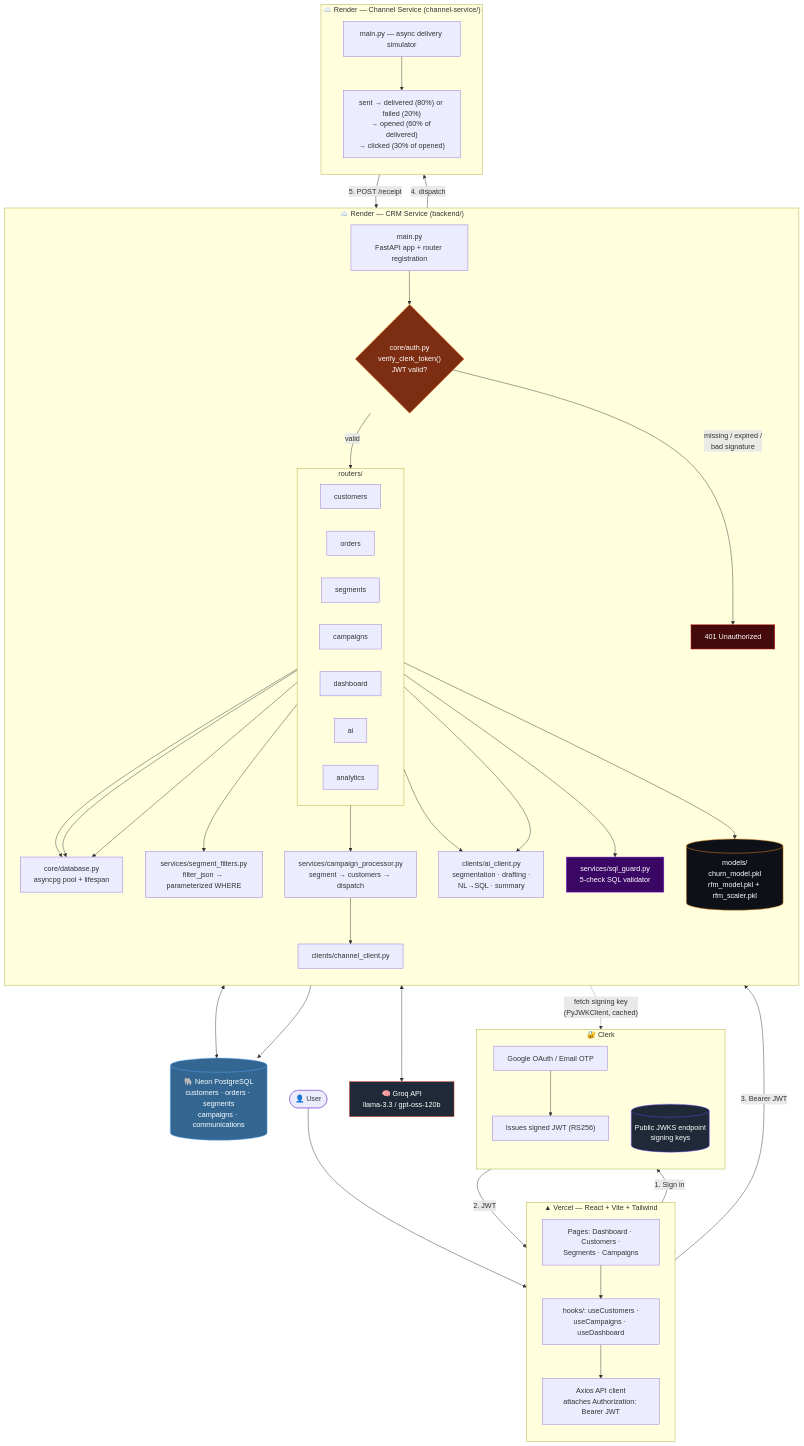
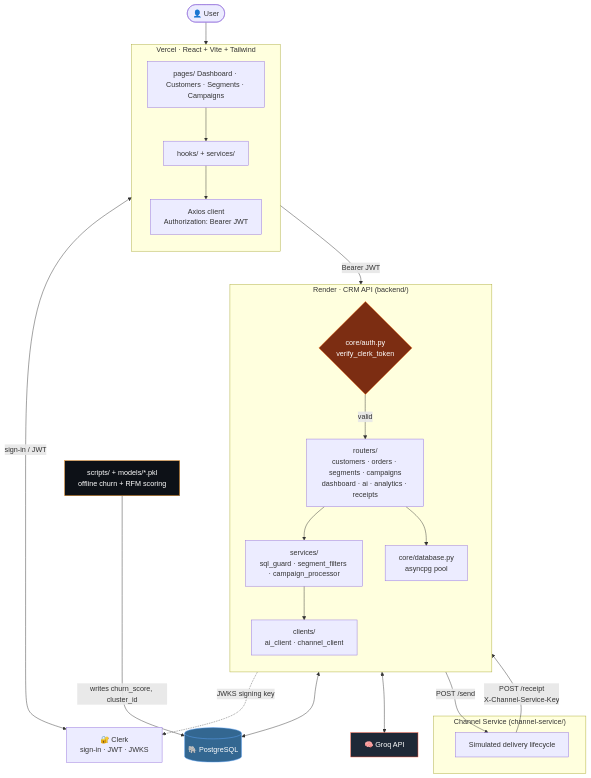
One commit to Debasish65368/brewco-crm changed the first of 9 diagrams in README.md. Above: the diagram before and after it, drawn with Mermaid. The commit also changed other lines of this file, not shown here.

Commit message:
docs: finalize BrewCo CRM README

````diff
--- a/README.md
+++ b/README.md
@@ -65,85 +94,48 @@
 flowchart TB
     User(["👤 User"])
 
-    subgraph FE["▲ Vercel — React + Vite + Tailwind"]
+    subgraph FE["Vercel · React + Vite + Tailwind"]
         direction TB
-        Pages["Pages: Dashboard · Customers ·\nSegments · Campaigns"]
-        Hooks["hooks/: useCustomers ·\nuseCampaigns · useDashboard"]
-        Axios["Axios API client\nattaches Authorization: Bearer JWT"]
+        Pages["pages/ Dashboard · Customers · Segments · Campaigns"]
+        Hooks["hooks/ + services/"]
+        Axios["Axios client<br/>Authorization: Bearer JWT"]
         Pages --> Hooks --> Axios
     end
 
-    subgraph ClerkBox["🔐 Clerk"]
+    Clerk["🔐 Clerk<br/>sign-in · JWT · JWKS"]
+
+    subgraph CRM["Render · CRM API (backend/)"]
         direction TB
-        OAuth["Google OAuth / Email OTP"]
-        Issue["Issues signed JWT (RS256)"]
-        JWKS[("Public JWKS endpoint\nsigning keys")]
-        OAuth --> Issue
+        Auth{"core/auth.py<br/>verify_clerk_token"}
+        Routers["routers/<br/>customers · orders · segments · campaigns<br/>dashboard · ai · analytics · receipts"]
+        Svc["services/<br/>sql_guard · segment_filters · campaign_processor"]
+        Cli["clients/<br/>ai_client · channel_client"]
+        Pool["core/database.py<br/>asyncpg pool"]
+        Auth -- "valid" --> Routers --> Svc
+        Routers --> Pool
+        Svc --> Cli
     end
 
-    subgraph CRM["☁️ Render — CRM Service  (backend/)"]
-        direction TB
-        Main["main.py\nFastAPI app + router registration"]
-        AuthGate{"core/auth.py\nverify_clerk_token()\nJWT valid?"}
-        Deny401["401 Unauthorized"]
-
-        subgraph Routers["routers/"]
-            direction LR
-            RCust["customers"]
-            ROrd["orders"]
-            RSeg["segments"]
-            RCamp["campaigns"]
-            RDash["dashboard"]
-            RAI["ai"]
-            RAnalytics["analytics"]
-        end
-
-        DBPool["core/database.py\nasyncpg pool + lifespan"]
-        Guard["services/sql_guard.py\n5-check SQL validator"]
-        Processor["services/campaign_processor.py\nsegment → customers → dispatch"]
-        SegFilter["services/segment_filters.py\nfilter_json → parameterized WHERE"]
-        AIClient["clients/ai_client.py\nsegmentation · drafting ·\nNL→SQL · summary"]
-        ChannelClient["clients/channel_client.py"]
-        Models[("models/\nchurn_model.pkl\nrfm_model.pkl + rfm_scaler.pkl")]
-
-        Main --> AuthGate
-        AuthGate -- "valid" --> Routers
-        AuthGate -- "missing / expired /\nbad signature" --> Deny401
-        RCust & ROrd & RSeg --> DBPool
-        RSeg --> SegFilter
-        RCamp --> Processor
-        RAI & RAnalytics --> AIClient
-        RAnalytics --> Guard
-        RDash --> Models
-        Processor --> ChannelClient
+    subgraph CS["Channel Service (channel-service/)"]
+        Sim["Simulated delivery lifecycle"]
     end
 
-    subgraph CS["☁️ Render — Channel Service  (channel-service/)"]
-        direction TB
-        Sim["main.py — async delivery simulator"]
-        Lifecycle["sent → delivered (80%) or failed (20%)\n→ opened (60% of delivered)\n→ clicked (30% of opened)"]
-        Sim --> Lifecycle
-    end
-
-    DB[("🐘 Neon PostgreSQL\ncustomers · orders · segments\ncampaigns · communications")]
-    Groq["🧠 Groq API\nllama-3.3 / gpt-oss-120b"]
+    Scripts["scripts/ + models/*.pkl<br/>offline churn + RFM scoring"]
+    DB[("🐘 PostgreSQL")]
+    Groq["🧠 Groq API"]
 
     User --> FE
-    FE -- "1. Sign in" --> ClerkBox
-    ClerkBox -- "2. JWT" --> FE
-    FE -- "3. Bearer JWT" --> Main
-    AuthGate -. "fetch signing key\n(PyJWKClient, cached)" .-> JWKS
-    DBPool <--> DB
-    Guard --> DB
-    AIClient <--> Groq
-    ChannelClient -- "4. dispatch" --> Sim
-    Lifecycle -- "5. POST /receipt" --> Main
+    FE <-- "sign-in / JWT" --> Clerk
+    Axios -- "Bearer JWT" --> Auth
+    Auth -. "JWKS signing key" .-> Clerk
+    Pool <--> DB
+    Cli <--> Groq
+    Cli -- "POST /send" --> Sim
+    Sim -- "POST /receipt<br/>X-Channel-Service-Key" --> Routers
+    Scripts -- "writes churn_score, cluster_id" --> DB
 
-    style AuthGate fill:#7c2d12,color:#fff,stroke:#f97316
-    style Deny401 fill:#450a0a,color:#fff,stroke:#dc2626
-    style Guard fill:#3b0764,color:#fff,stroke:#8A2BE2
+    style Auth fill:#7c2d12,color:#fff,stroke:#f97316
     style Groq fill:#1f2937,color:#fff,stroke:#F55036
     style DB fill:#336791,color:#fff,stroke:#60a5fa
-    style Models fill:#0d1117,color:#fff,stroke:#F7931E
-    style JWKS fill:#1f2937,color:#fff,stroke:#6C47FF
+    style Scripts fill:#0d1117,color:#fff,stroke:#F7931E
 ```
````
